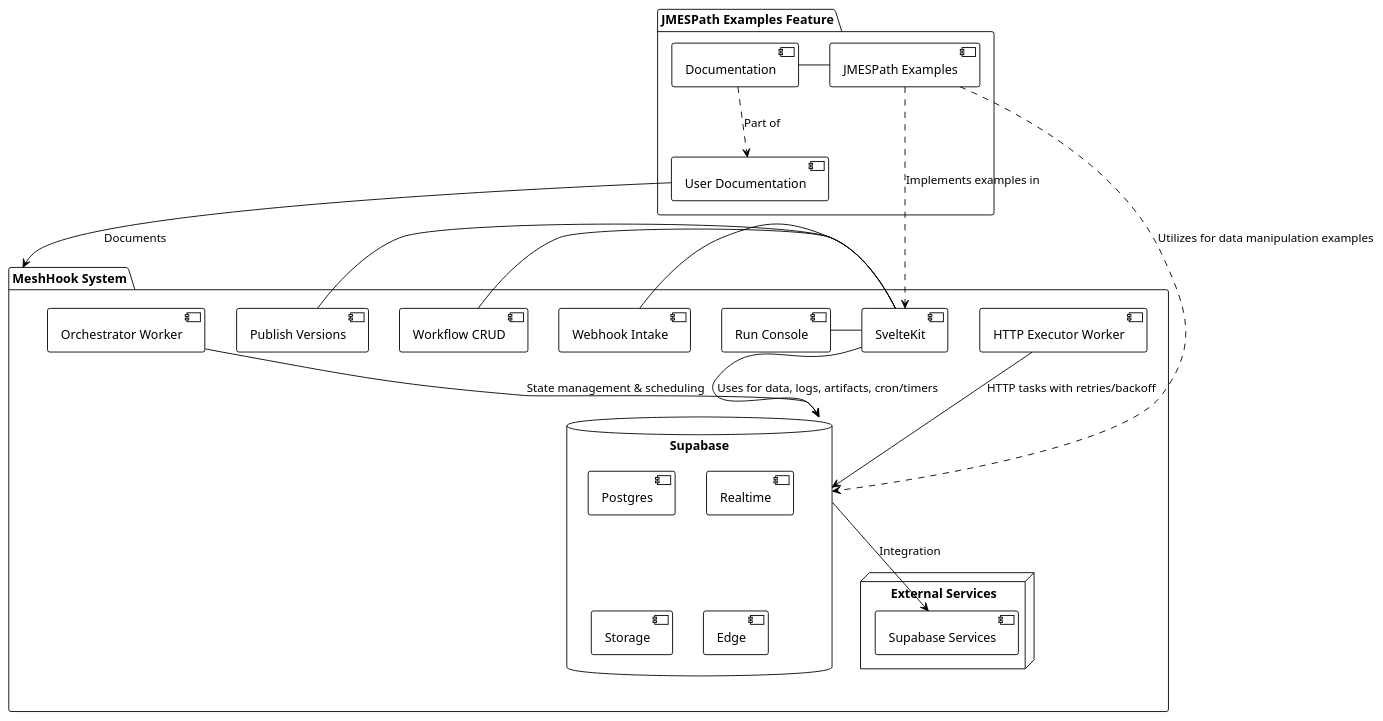
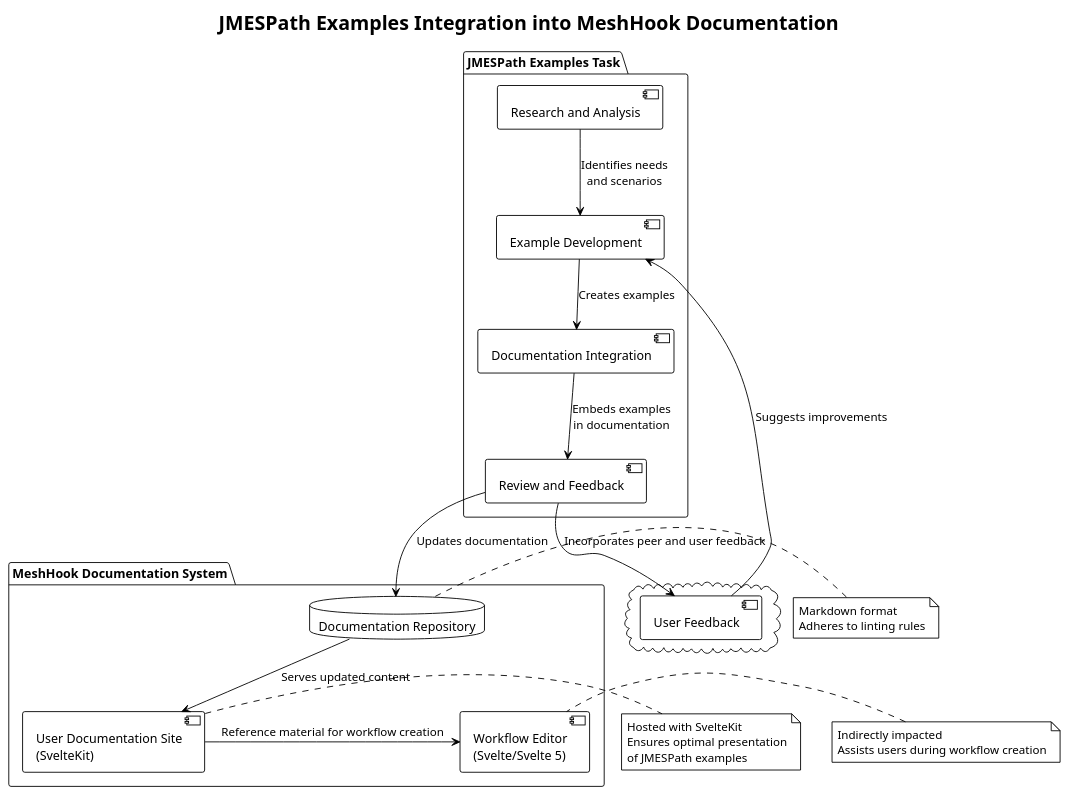
The diagram in docs/PRDs/188-jmespath-examples.puml (profullstack/meshhook), drawn with PlantUML before and after one commit. The commit also changed 248 other files, not shown here.

```diff
--- a/docs/PRDs/188-jmespath-examples.puml
+++ b/docs/PRDs/188-jmespath-examples.puml
@@ -1,33 +1,48 @@
 @startuml
 !theme plain
 
-package "MeshHook System" {
-    [Webhook Intake] - [SvelteKit]
-    [Workflow CRUD] - [SvelteKit]
-    [Publish Versions] - [SvelteKit]
-    [Run Console] - [SvelteKit]
-    database "Supabase" {
-        [Postgres]
-        [Realtime]
-        [Storage]
-        [Edge]
-    }
-    [SvelteKit] --> [Supabase] : Uses for data, logs, artifacts, cron/timers
-    [Orchestrator Worker] --> [Supabase] : State management & scheduling
-    [HTTP Executor Worker] --> [Supabase] : HTTP tasks with retries/backoff
-    node "External Services" {
-        [Supabase Services]
-    }
-    [Supabase] --> [Supabase Services] : Integration
+title JMESPath Examples Integration into MeshHook Documentation
+
+package "MeshHook Documentation System" {
+    [User Documentation Site\n(SvelteKit)] as Docs
+    [Workflow Editor\n(Svelte/Svelte 5)] as Editor
+    database "Documentation Repository" as Repo
 }
 
-package "JMESPath Examples Feature" {
-    [JMESPath Examples] - [Documentation]
-    [Documentation] ..> [User Documentation] : Part of
-    [JMESPath Examples] ..> [SvelteKit] : Implements examples in
-    [JMESPath Examples] ..> [Supabase] : Utilizes for data manipulation examples
+package "JMESPath Examples Task" {
+    [Research and Analysis] as Research
+    [Example Development] as Development
+    [Documentation Integration] as Integration
+    [Review and Feedback] as Review
 }
 
-[User Documentation] --> [MeshHook System] : Documents
+cloud {
+    [User Feedback] as Feedback
+}
+
+[Research] --> [Development] : Identifies needs\nand scenarios
+[Development] --> [Integration] : Creates examples
+[Integration] --> [Review] : Embeds examples\nin documentation
+[Review] --> [Repo] : Updates documentation
+[Repo] --> [Docs] : Serves updated content
+[Docs] -right-> [Editor] : Reference material for workflow creation
+[Review] --> [Feedback] : Incorporates peer and user feedback
+[Feedback] --> [Development] : Suggests improvements
+
+note right of [Docs]
+  Hosted with SvelteKit
+  Ensures optimal presentation
+  of JMESPath examples
+end note
+
+note left of [Editor]
+  Indirectly impacted
+  Assists users during workflow creation
+end note
+
+note right of [Repo]
+  Markdown format
+  Adheres to linting rules
+end note
 
 @enduml
```
